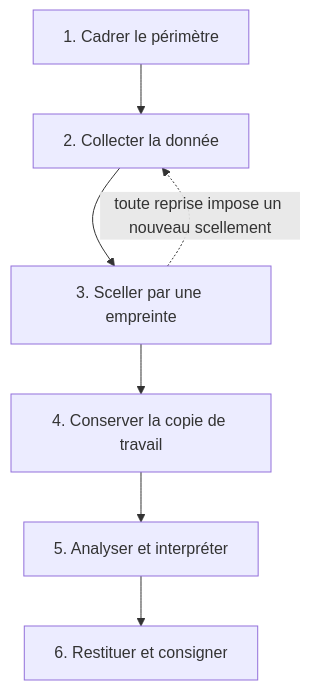
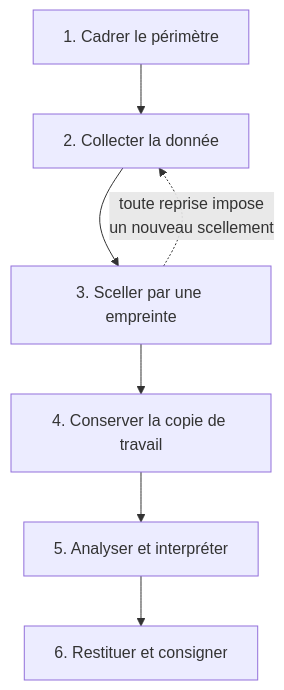
One commit to yugmerabtene/forensique-reseau-public changed the second of 6 diagrams in jour-1.md. Above: the diagram before and after it, drawn with Mermaid. The commit also changed other lines of this file and 2 other files, not shown here.

Commit message:
Generation: rend les schemas lisibles et documente le demarrage du laboratoire

````diff
--- a/jour-1.md
+++ b/jour-1.md
@@ -231,9 +233,9 @@
 ```mermaid
 flowchart TD
   A["1. Cadrer le périmètre"] --> B["2. Collecter la donnée"]
   B --> C["3. Sceller par une empreinte"]
   C --> D["4. Conserver la copie de travail"]
   D --> E["5. Analyser et interpréter"]
   E --> F["6. Restituer et consigner"]
-  C -.->|"toute reprise impose un nouveau scellement"| B
+  C -.->|"toute reprise impose<br/>un nouveau scellement"| B
 ```
````
